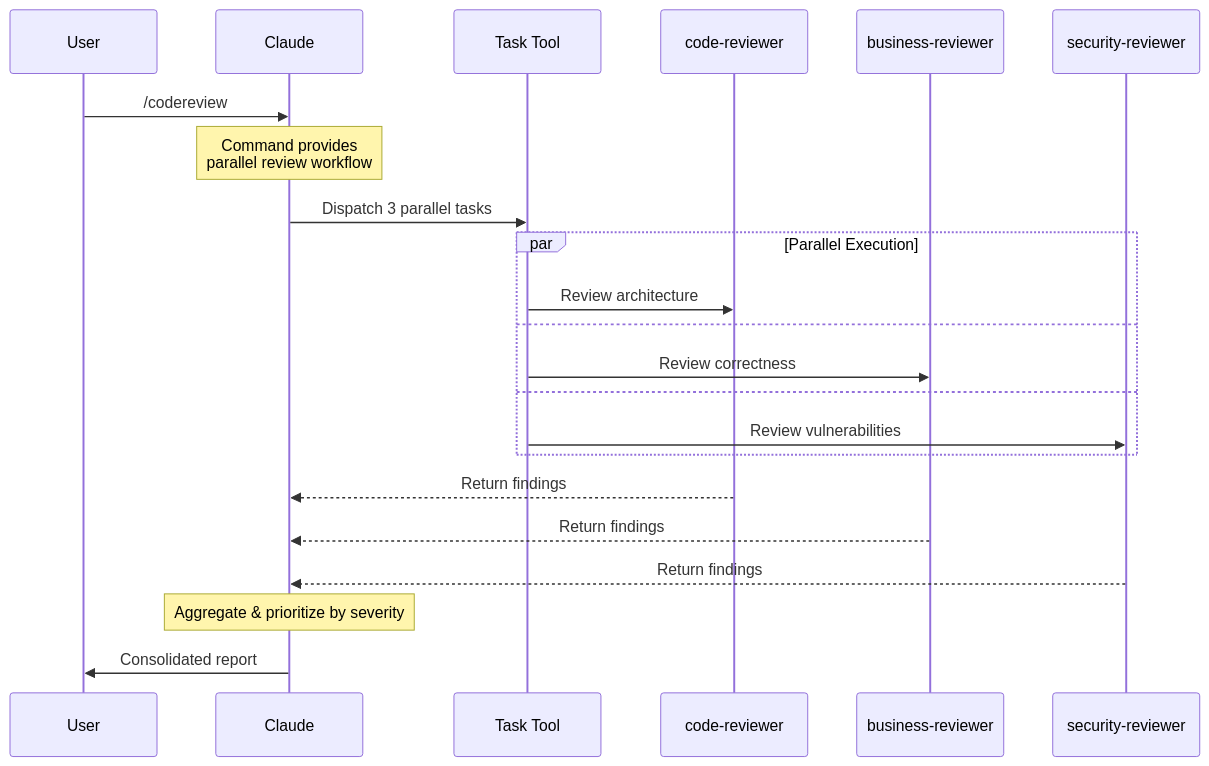
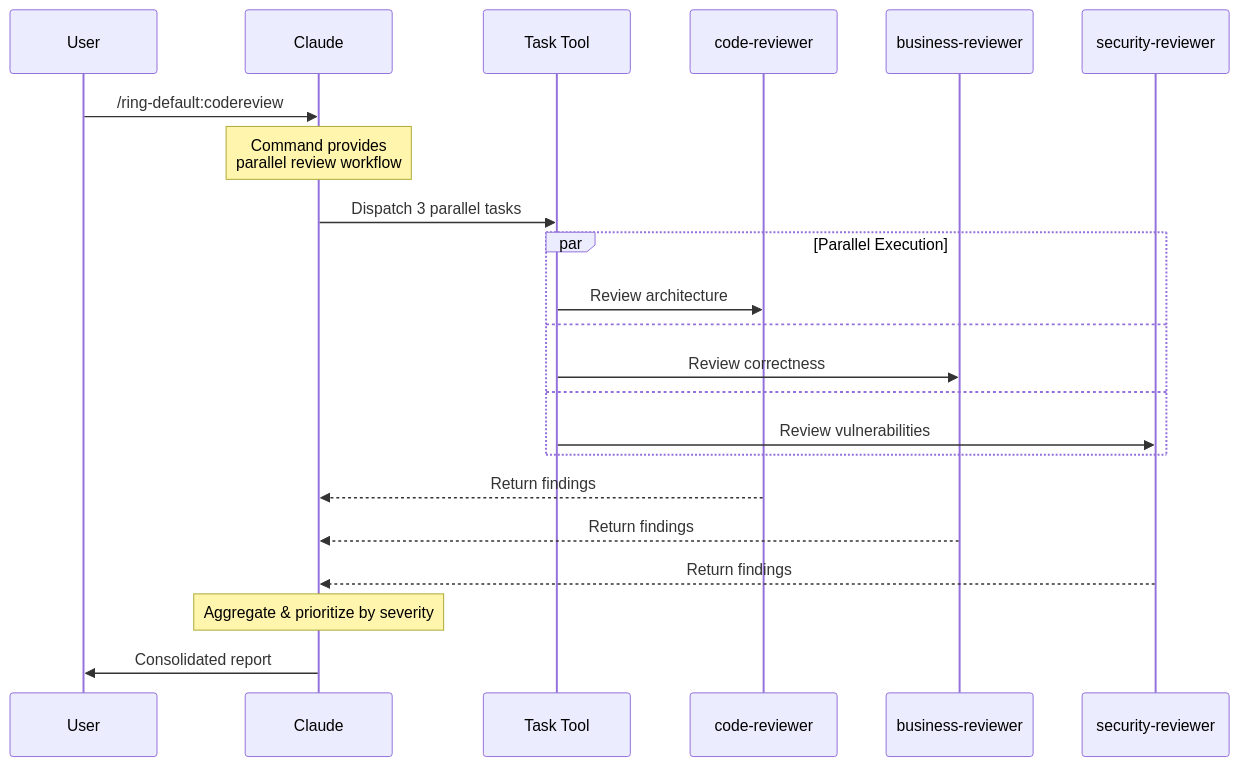
One commit to LerianStudio/ring changed the third of 3 diagrams in ARCHITECTURE.md. Above: the diagram before and after it, drawn with Mermaid. The commit also changed other lines of this file and 3 other files, not shown here.

````diff
--- a/ARCHITECTURE.md
+++ b/ARCHITECTURE.md
@@ -352,29 +352,29 @@
 ```mermaid
 sequenceDiagram
     participant User
     participant Claude
     participant Task Tool
     participant code-reviewer
     participant business-reviewer
     participant security-reviewer
 
-    User->>Claude: /codereview
+    User->>Claude: /ring-default:codereview
     Note over Claude: Command provides<br/>parallel review workflow
 
     Claude->>Task Tool: Dispatch 3 parallel tasks
 
     par Parallel Execution
         Task Tool->>code-reviewer: Review architecture
         and
         Task Tool->>business-reviewer: Review correctness
         and
         Task Tool->>security-reviewer: Review vulnerabilities
     end
 
     code-reviewer-->>Claude: Return findings
     business-reviewer-->>Claude: Return findings
     security-reviewer-->>Claude: Return findings
 
     Note over Claude: Aggregate & prioritize by severity
     Claude->>User: Consolidated report
 ```
````
